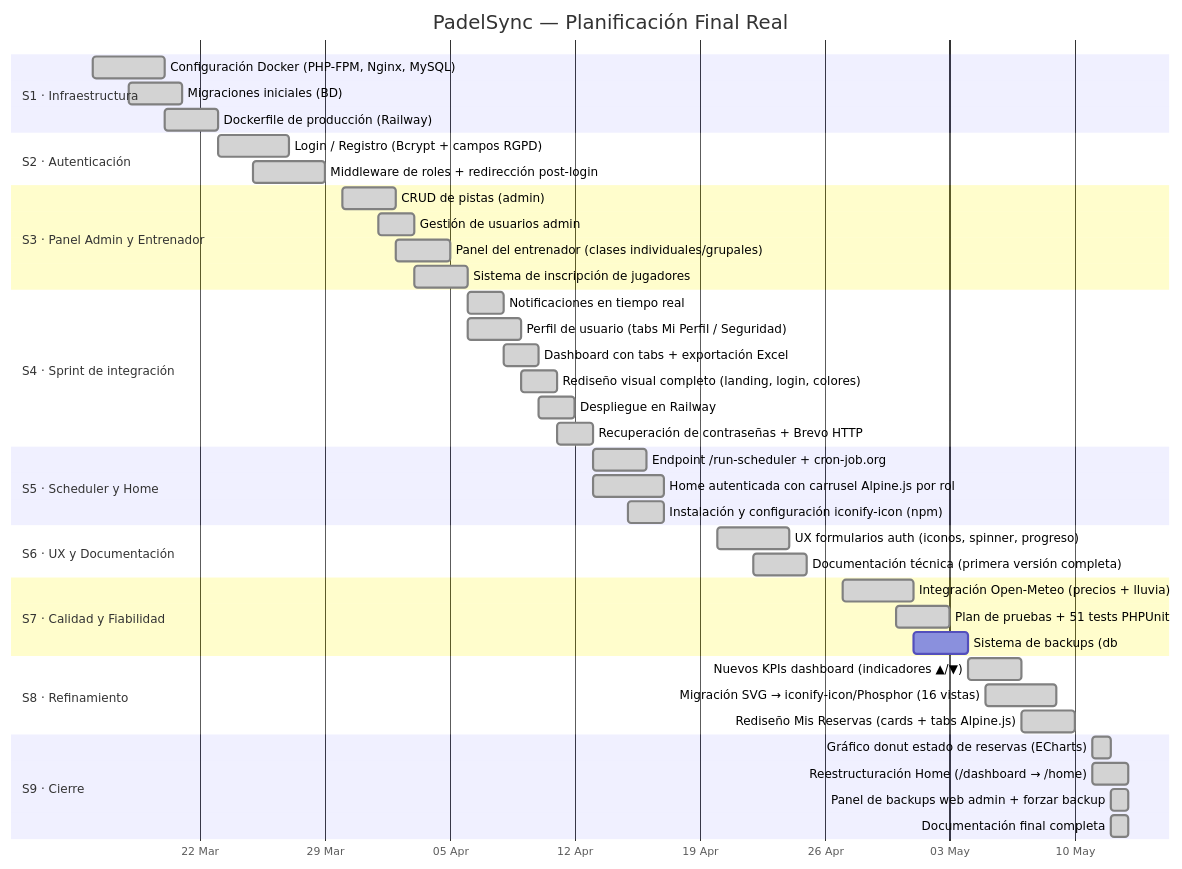
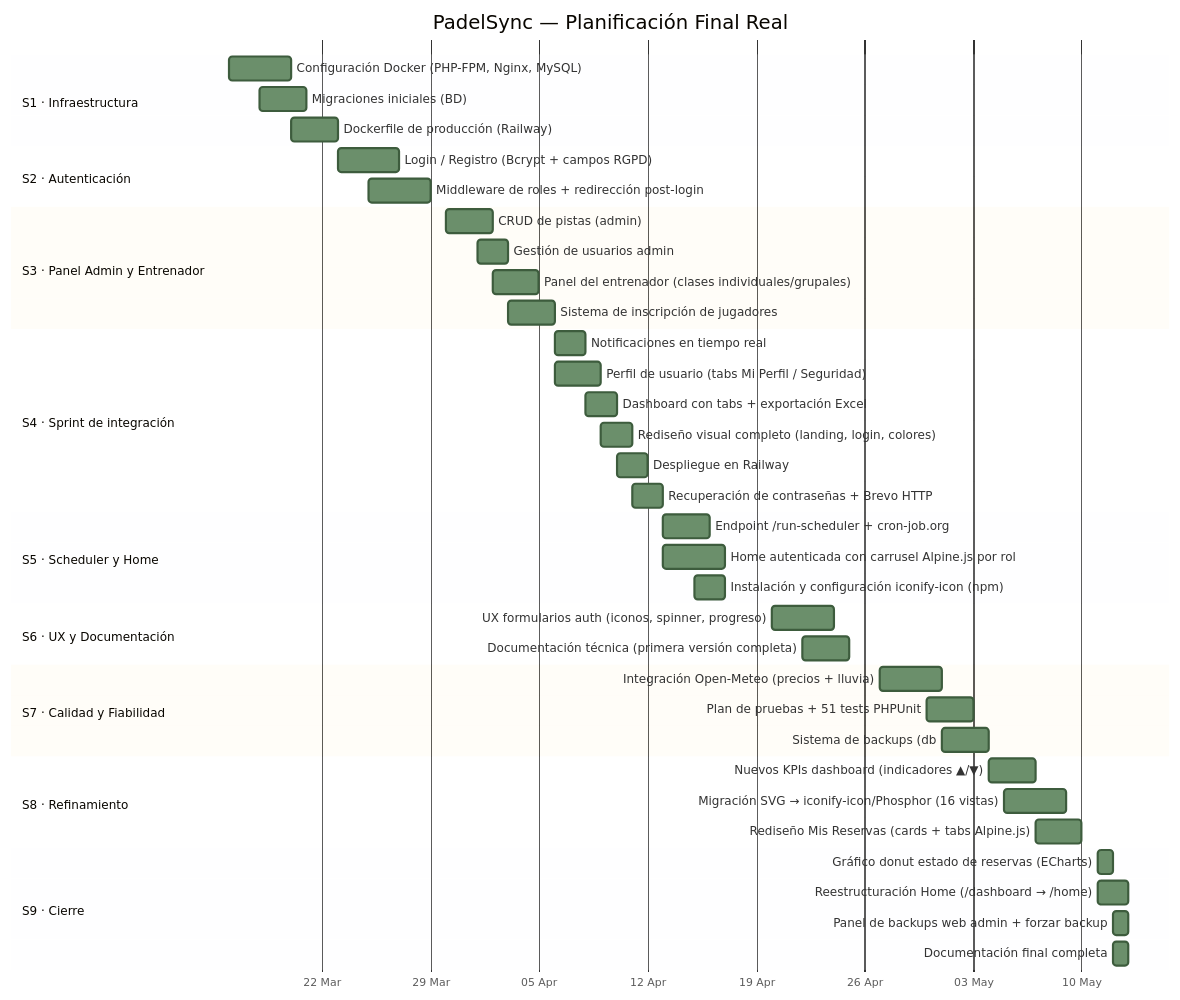
One commit to pabloiglepe/Prueba1---TFG changed the first of 2 diagrams in docs/PLANIFICACION_REAL.md. Above: the diagram before and after it, drawn with Mermaid. The commit also changed other lines of this file, not shown here.

Commit message:
Actualizar documentación

````diff
--- a/docs/PLANIFICACION_REAL.md
+++ b/docs/PLANIFICACION_REAL.md
@@ -10,54 +10,55 @@
 ```mermaid
+%%{init: {'theme': 'base', 'gantt': {'leftPadding': 200, 'barHeight': 22, 'barGap': 6}, 'themeVariables': {'taskBkgColor': '#6b8f6b', 'taskBorderColor': '#3d5c3d', 'activeTaskBkgColor': '#4a6b4a', 'activeTaskBorderColor': '#2d3b2d', 'critBkgColor': '#e05c5c', 'critBorderColor': '#b03030', 'todayLineColor': '#e05c5c'}}}%%
 gantt
     title PadelSync — Planificación Final Real
     dateFormat  YYYY-MM-DD
     axisFormat  %d %b
 
     section S1 · Infraestructura
-    Configuración Docker (PHP-FPM, Nginx, MySQL)      :done, 2026-03-16, 4d
-    Migraciones iniciales (BD)                         :done, 2026-03-18, 3d
-    Dockerfile de producción (Railway)                 :done, 2026-03-20, 3d
+    Configuración Docker (PHP-FPM, Nginx, MySQL)       :2026-03-16, 4d
+    Migraciones iniciales (BD)                          :2026-03-18, 3d
+    Dockerfile de producción (Railway)                  :2026-03-20, 3d
 
     section S2 · Autenticación
-    Login / Registro (Bcrypt + campos RGPD)           :done, 2026-03-23, 4d
-    Middleware de roles + redirección post-login       :done, 2026-03-25, 4d
+    Login / Registro (Bcrypt + campos RGPD)            :2026-03-23, 4d
+    Middleware de roles + redirección post-login        :2026-03-25, 4d
 
     section S3 · Panel Admin y Entrenador
-    CRUD de pistas (admin)                             :done, 2026-03-30, 3d
-    Gestión de usuarios admin                          :done, 2026-04-01, 2d
-    Panel del entrenador (clases individuales/grupales):done, 2026-04-02, 3d
-    Sistema de inscripción de jugadores                :done, 2026-04-03, 3d
+    CRUD de pistas (admin)                              :2026-03-30, 3d
+    Gestión de usuarios admin                           :2026-04-01, 2d
+    Panel del entrenador (clases individuales/grupales) :2026-04-02, 3d
+    Sistema de inscripción de jugadores                 :2026-04-03, 3d
 
     section S4 · Sprint de integración
-    Notificaciones en tiempo real                      :done, 2026-04-06, 2d
-    Perfil de usuario (tabs Mi Perfil / Seguridad)    :done, 2026-04-06, 3d
-    Dashboard con tabs + exportación Excel             :done, 2026-04-08, 2d
-    Rediseño visual completo (landing, login, colores) :done, 2026-04-09, 2d
-    Despliegue en Railway                              :done, 2026-04-10, 2d
-    Recuperación de contraseñas + Brevo HTTP           :done, 2026-04-11, 2d
+    Notificaciones en tiempo real                       :2026-04-06, 2d
+    Perfil de usuario (tabs Mi Perfil / Seguridad)     :2026-04-06, 3d
+    Dashboard con tabs + exportación Excel              :2026-04-08, 2d
+    Rediseño visual completo (landing, login, colores)  :2026-04-09, 2d
+    Despliegue en Railway                               :2026-04-10, 2d
+    Recuperación de contraseñas + Brevo HTTP            :2026-04-11, 2d
 
     section S5 · Scheduler y Home
-    Endpoint /run-scheduler + cron-job.org             :done, 2026-04-13, 3d
-    Home autenticada con carrusel Alpine.js por rol    :done, 2026-04-13, 4d
-    Instalación y configuración iconify-icon (npm)     :done, 2026-04-15, 2d
+    Endpoint /run-scheduler + cron-job.org              :2026-04-13, 3d
+    Home autenticada con carrusel Alpine.js por rol     :2026-04-13, 4d
+    Instalación y configuración iconify-icon (npm)      :2026-04-15, 2d
 
     section S6 · UX y Documentación
-    UX formularios auth (iconos, spinner, progreso)    :done, 2026-04-20, 4d
-    Documentación técnica (primera versión completa)   :done, 2026-04-22, 3d
+    UX formularios auth (iconos, spinner, progreso)     :2026-04-20, 4d
+    Documentación técnica (primera versión completa)    :2026-04-22, 3d
 
     section S7 · Calidad y Fiabilidad
-    Integración Open-Meteo (precios + lluvia)          :done, 2026-04-27, 4d
-    Plan de pruebas + 51 tests PHPUnit                 :done, 2026-04-30, 3d
-    Sistema de backups (db:backup / db:restore)        :done, 2026-05-01, 3d
+    Integración Open-Meteo (precios + lluvia)           :2026-04-27, 4d
+    Plan de pruebas + 51 tests PHPUnit                  :2026-04-30, 3d
+    Sistema de backups (db:backup / db:restore)         :2026-05-01, 3d
 
     section S8 · Refinamiento
-    Nuevos KPIs dashboard (indicadores ▲/▼)           :done, 2026-05-04, 3d
-    Migración SVG → iconify-icon/Phosphor (16 vistas)  :done, 2026-05-05, 4d
-    Rediseño Mis Reservas (cards + tabs Alpine.js)     :done, 2026-05-07, 3d
+    Nuevos KPIs dashboard (indicadores ▲/▼)            :2026-05-04, 3d
+    Migración SVG → iconify-icon/Phosphor (16 vistas)   :2026-05-05, 4d
+    Rediseño Mis Reservas (cards + tabs Alpine.js)      :2026-05-07, 3d
 
     section S9 · Cierre
-    Gráfico donut estado de reservas (ECharts)         :done, 2026-05-11, 1d
-    Reestructuración Home (/dashboard → /home)         :done, 2026-05-11, 2d
-    Panel de backups web admin + forzar backup         :done, 2026-05-12, 1d
-    Documentación final completa                       :done, 2026-05-12, 1d
+    Gráfico donut estado de reservas (ECharts)          :2026-05-11, 1d
+    Reestructuración Home (/dashboard → /home)          :2026-05-11, 2d
+    Panel de backups web admin + forzar backup          :2026-05-12, 1d
+    Documentación final completa                        :2026-05-12, 1d
 ```
````
